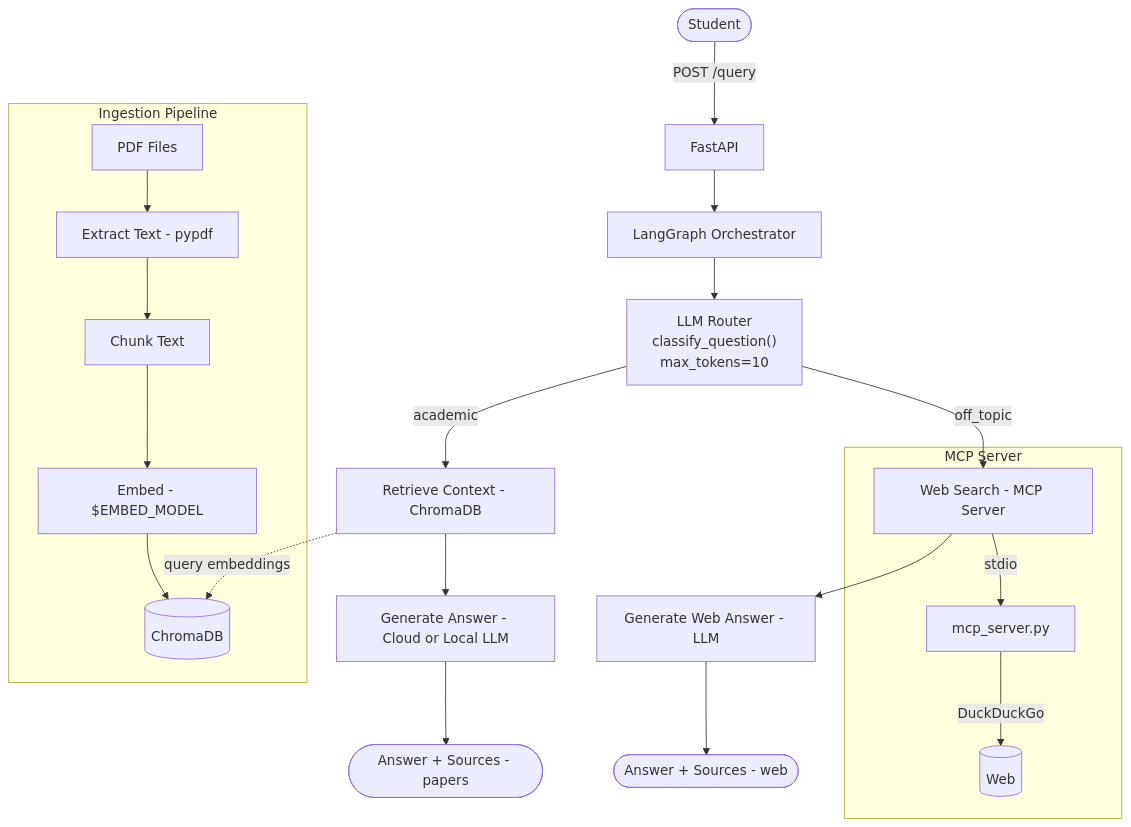
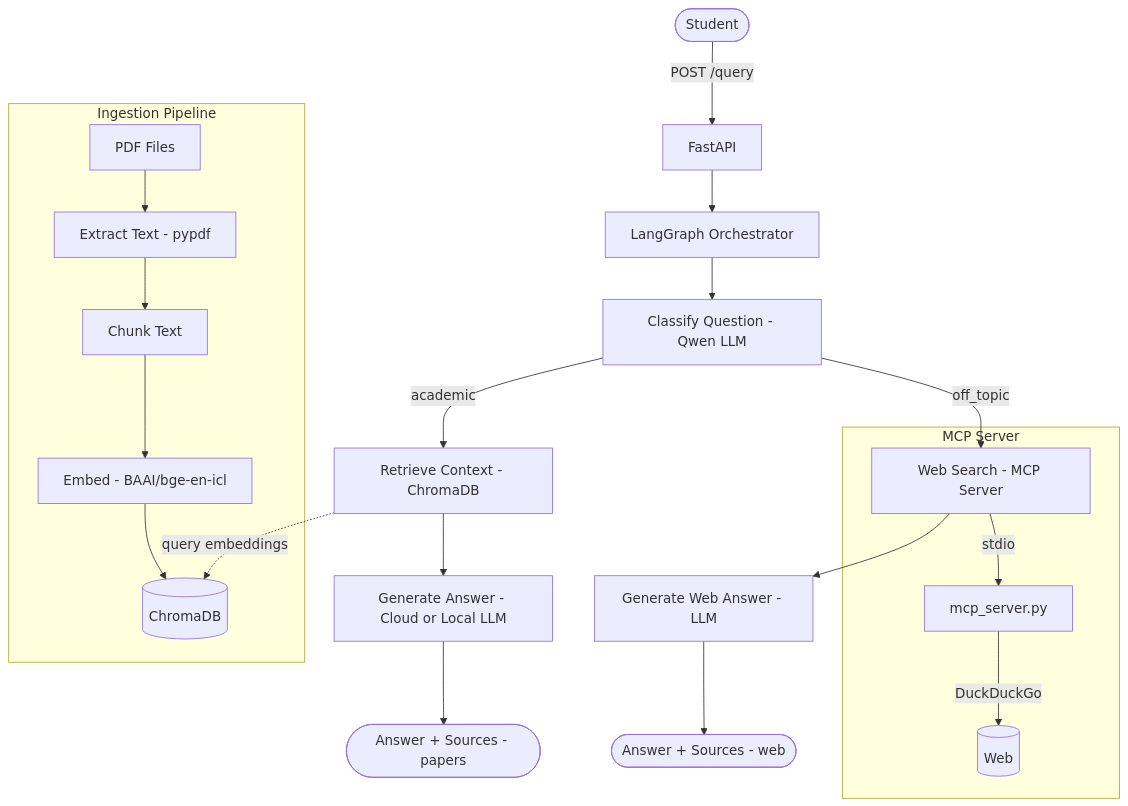
Before and after one commit to sandeepkumar1709/student-qa-rag: the diagram in README.md, drawn with Mermaid. The commit also changed other lines of this file, not shown here.

````diff
--- a/README.md
+++ b/README.md
@@ -7,26 +7,26 @@
 ```mermaid
 flowchart TD
     A([Student]) -->|POST /query| B[FastAPI]
     B --> C[LangGraph Orchestrator]
-    C --> D["LLM Router\nclassify_question()\nmax_tokens=10"]
+    C --> D[Classify Question - Qwen LLM]
     D -->|academic| E[Retrieve Context - ChromaDB]
     D -->|off_topic| F[Web Search - MCP Server]
     E --> G[Generate Answer - Cloud or Local LLM]
     F --> W[Generate Web Answer - LLM]
     G --> H([Answer + Sources - papers])
     W --> X([Answer + Sources - web])
 
     subgraph MCP Server
         F -->|stdio| MS[mcp_server.py]
         MS -->|DuckDuckGo| WEB[(Web)]
     end
 
     subgraph Ingestion Pipeline
         J[PDF Files] --> K[Extract Text - pypdf]
         K --> L[Chunk Text]
-        L --> M["Embed - $EMBED_MODEL"]
+        L --> M[Embed - BAAI/bge-en-icl]
         M --> N[(ChromaDB)]
     end
 
     E -.->|query embeddings| N
 ```
````
